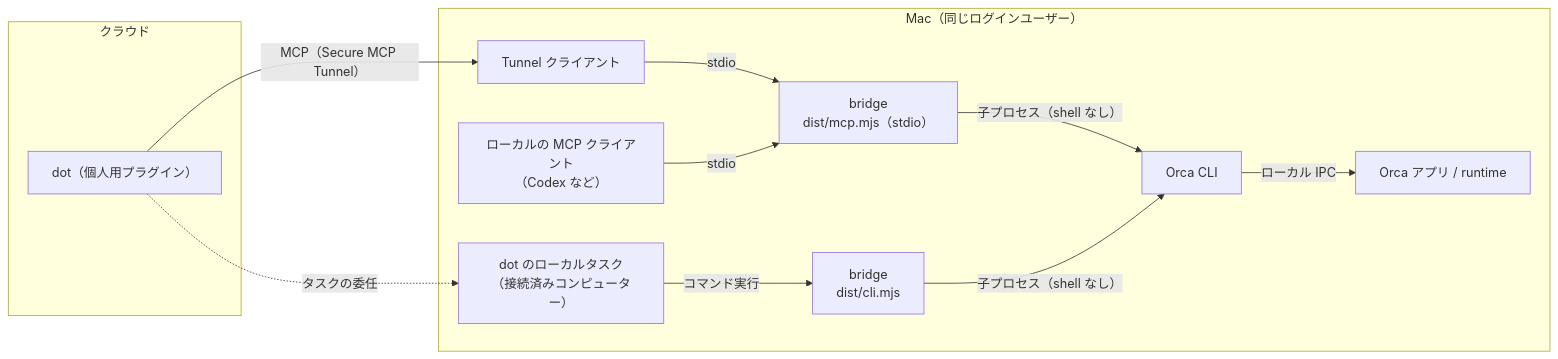
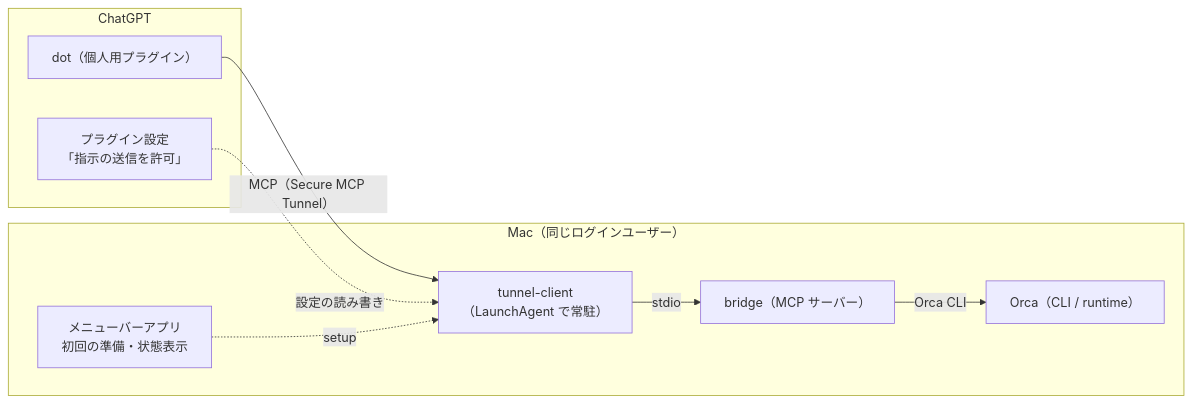
One commit to andoshin11/orca-dots-bridge changed the diagram in README.md. Above: the diagram before and after it, drawn with Mermaid. The commit also changed other lines of this file and 11 other files, not shown here.

````diff
--- a/README.md
+++ b/README.md
@@ -201,23 +15,18 @@
 ```mermaid
 flowchart LR
-  subgraph cloud["クラウド"]
+  subgraph cloud["ChatGPT"]
     dot["dot（個人用プラグイン）"]
+    settings["プラグイン設定<br/>「指示の送信を許可」"]
   end
   subgraph mac["Mac（同じログインユーザー）"]
-    tunnel["Tunnel クライアント"]
-    local["ローカルの MCP クライアント<br/>（Codex など）"]
-    task["dot のローカルタスク<br/>（接続済みコンピューター）"]
-    mcp["bridge<br/>dist/mcp.mjs（stdio）"]
-    cli["bridge<br/>dist/cli.mjs"]
-    orcacli["Orca CLI"]
-    orca["Orca アプリ / runtime"]
+    app["メニューバーアプリ<br/>初回の準備・状態表示"]
+    tunnel["tunnel-client<br/>（LaunchAgent で常駐）"]
+    bridge["bridge（MCP サーバー）"]
+    orca["Orca（CLI / runtime）"]
   end
   dot -- "MCP（Secure MCP Tunnel）" --> tunnel
-  tunnel -- "stdio" --> mcp
-  local -- "stdio" --> mcp
-  dot -. "タスクの委任" .-> task
-  task -- "コマンド実行" --> cli
-  mcp -- "子プロセス（shell なし）" --> orcacli
-  cli -- "子プロセス（shell なし）" --> orcacli
-  orcacli -- "ローカル IPC" --> orca
+  settings -. "設定の読み書き" .-> tunnel
+  tunnel -- "stdio" --> bridge
+  bridge -- "Orca CLI" --> orca
+  app -. "setup" .-> tunnel
 ```
````
